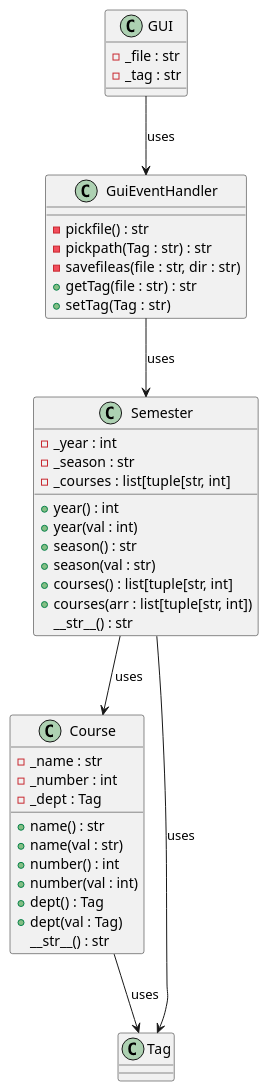
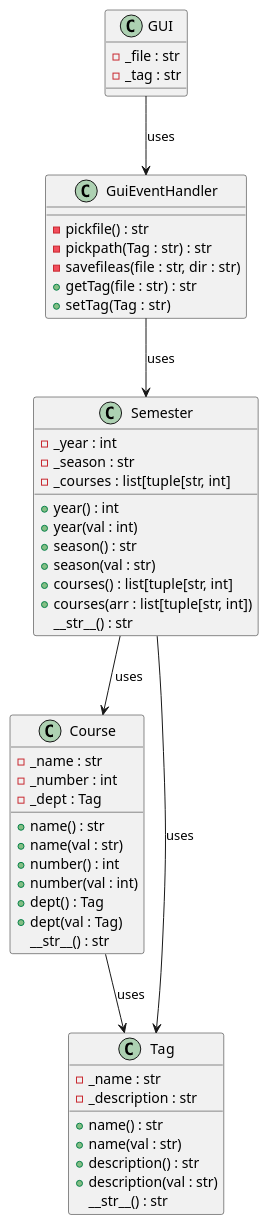
One commit to BandFrLife/fileSorter2026 changed the diagram in uml/classes.plantuml. Above: the diagram before and after it, drawn with PlantUML.

Commit message:
added tag class diagram

```diff
--- a/uml/classes.plantuml
+++ b/uml/classes.plantuml
@@ -3,51 +3,58 @@
 @startuml
 class Semester {
     - _year : int
     - _season : str
     - _courses : list[tuple[str, int]
     + year() : int
     + year(val : int)
     + season() : str
     + season(val : str)
     + courses() : list[tuple[str, int]
     + courses(arr : list[tuple[str, int])
     __str__() : str
 }
 
 class Course {
     - _name : str
     - _number : int
     - _dept : Tag
     + name() : str
     + name(val : str)
     + number() : int
     + number(val : int)
     + dept() : Tag
     + dept(val : Tag)
     __str__() : str
 }
 
 class Tag {
+    - _name : str
+    - _description : str
+    + name() : str
+    + name(val : str)
+    + description() : str
+    + description(val : str)
+    __str__() : str
 }
 
 class GUI {
     - _file : str
     - _tag : str
 
 }
 
 class GuiEventHandler {
     - pickfile() : str
     - pickpath(Tag : str) : str
     - savefileas(file : str, dir : str)
     + getTag(file : str) : str
     + setTag(Tag : str)
 }
 
 GUI --> GuiEventHandler : uses
 GuiEventHandler --> Semester : uses
 Semester --> Course : uses
 Semester --> Tag : uses
 Course --> Tag : uses
 
 @enduml
```
